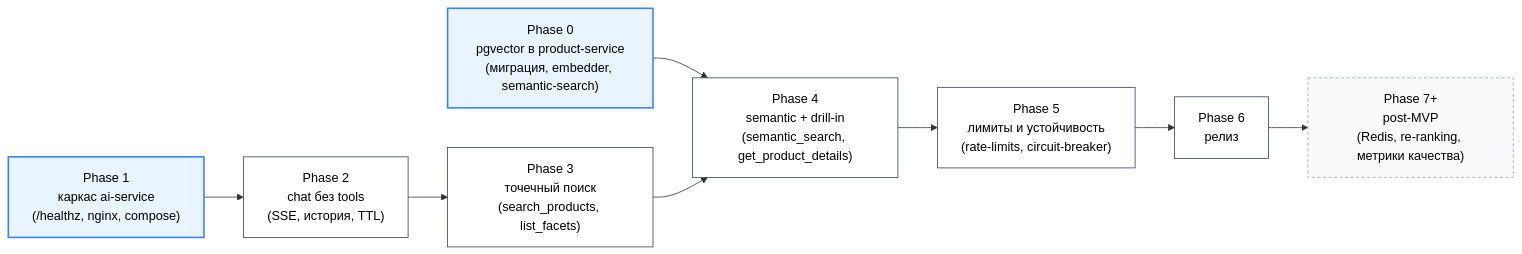
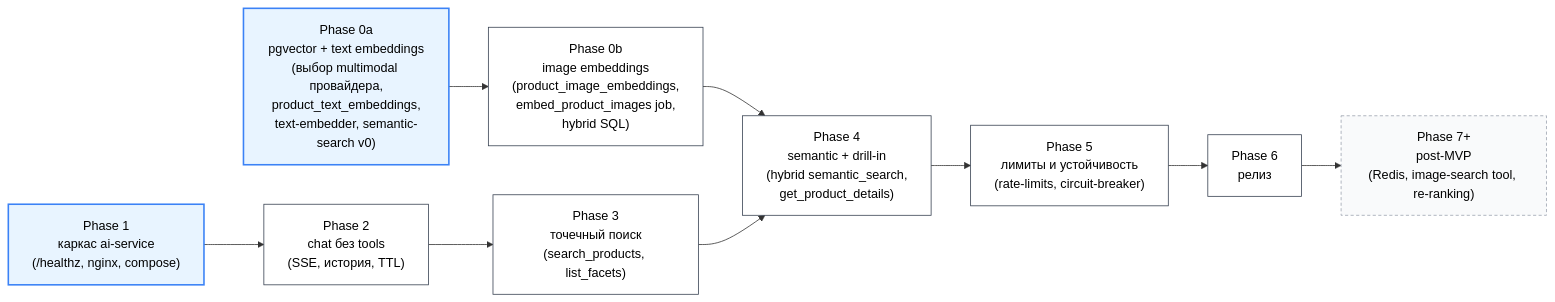
Before and after one commit to TortAlpha/ai-stylist-service: the first of 11 diagrams in server/ai-service/ROADMAP_DIAGRAM.md, drawn with Mermaid. The commit also changed other lines of this file and 4 other files, not shown here.

````diff
--- a/server/ai-service/ROADMAP_DIAGRAM.md
+++ b/server/ai-service/ROADMAP_DIAGRAM.md
@@ -7,23 +7,24 @@
 ```mermaid
 flowchart LR
-    P0["Phase 0<br/>pgvector в product-service<br/>(миграция, embedder, semantic-search)"]
+    P0A["Phase 0a<br/>pgvector + text embeddings<br/>(выбор multimodal провайдера,<br/>product_text_embeddings,<br/>text-embedder, semantic-search v0)"]
+    P0B["Phase 0b<br/>image embeddings<br/>(product_image_embeddings,<br/>embed_product_images job,<br/>hybrid SQL)"]
     P1["Phase 1<br/>каркас ai-service<br/>(/healthz, nginx, compose)"]
     P2["Phase 2<br/>chat без tools<br/>(SSE, история, TTL)"]
     P3["Phase 3<br/>точечный поиск<br/>(search_products, list_facets)"]
-    P4["Phase 4<br/>semantic + drill-in<br/>(semantic_search, get_product_details)"]
+    P4["Phase 4<br/>semantic + drill-in<br/>(hybrid semantic_search,<br/>get_product_details)"]
     P5["Phase 5<br/>лимиты и устойчивость<br/>(rate-limits, circuit-breaker)"]
     P6["Phase 6<br/>релиз"]
-    PN["Phase 7+<br/>post-MVP<br/>(Redis, re-ranking, метрики качества)"]
+    PN["Phase 7+<br/>post-MVP<br/>(Redis, image-search tool, re-ranking)"]
 
-    P0 --> P4
+    P0A --> P0B --> P4
     P1 --> P2 --> P3 --> P4
     P4 --> P5 --> P6
     P6 --> PN
 
     classDef parallel fill:#e8f4ff,stroke:#3b82f6,stroke-width:2px,color:#000
     classDef serial fill:#fff,stroke:#374151,color:#000
     classDef post fill:#f9fafb,stroke:#9ca3af,stroke-dasharray:4 3,color:#000
-    class P0,P1 parallel
-    class P2,P3,P4,P5,P6 serial
+    class P0A,P1 parallel
+    class P0B,P2,P3,P4,P5,P6 serial
     class PN post
 ```
````
